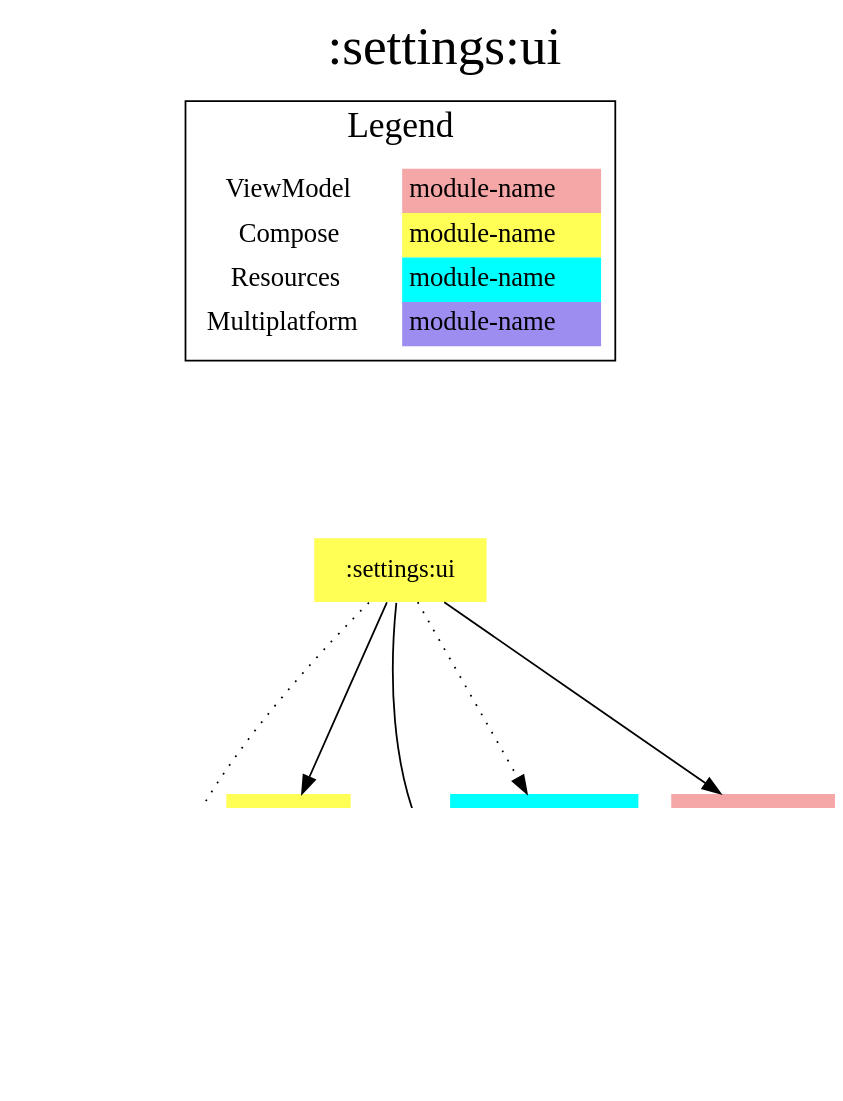
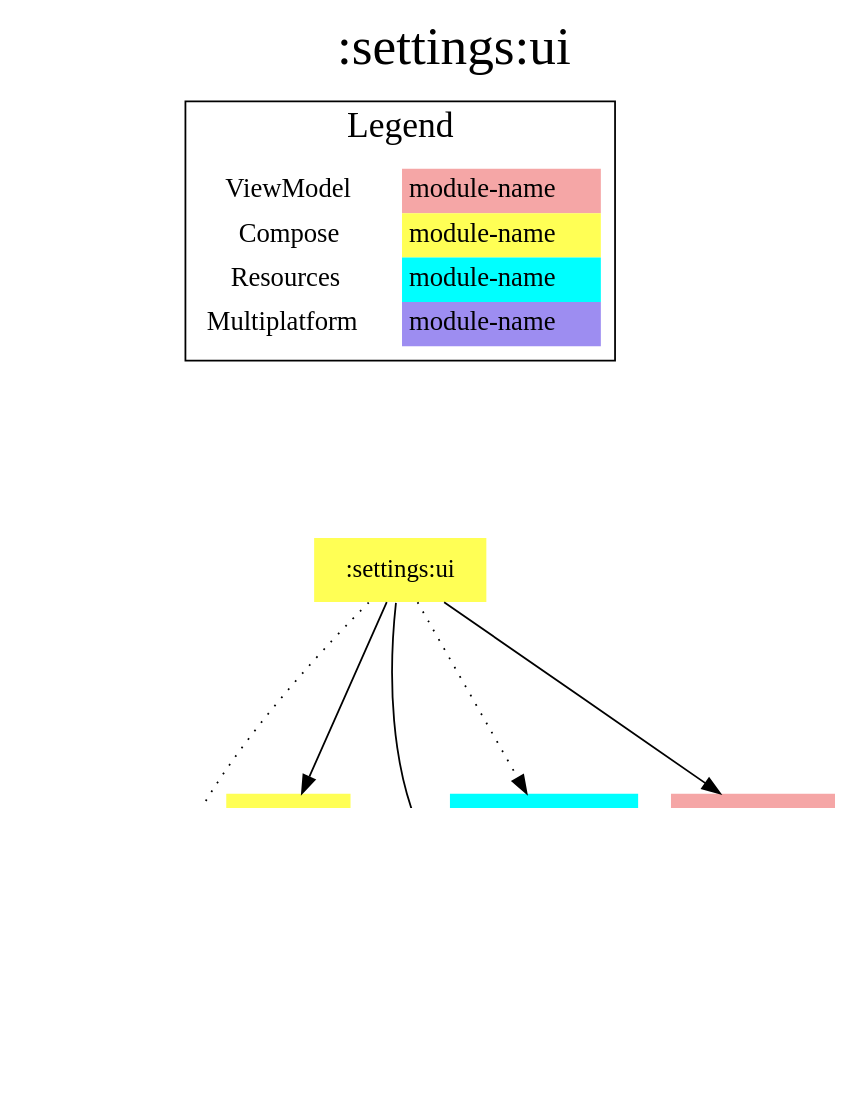
One commit to jonapoul/aktual changed the diagram in modules/settings/ui/modules.dot. Above: the diagram before and after it, drawn with Graphviz. The commit also changed 96 other files, not shown here.

Commit message:
url:model -> core:model

```diff
--- a/modules/settings/ui/modules.dot
+++ b/modules/settings/ui/modules.dot
@@ -1,39 +1,39 @@
 digraph {
 edge ["dir"="forward"]
 graph ["dpi"="100","label"=":settings:ui","labelloc"="t","fontsize"="30","ranksep"="1.5","rankdir"="TB"]
 node ["style"="filled"]
 ":core:colorscheme" ["fillcolor"="#9D8DF1","shape"="none"]
+":core:model" ["fillcolor"="#9D8DF1","shape"="none"]
 ":core:res" ["fillcolor"="#00FFFF","shape"="none"]
 ":core:ui" ["fillcolor"="#FFFF55","shape"="none"]
 ":core:versions" ["fillcolor"="#9D8DF1","shape"="none"]
 ":settings:res" ["fillcolor"="#00FFFF","shape"="none"]
 ":settings:ui" ["fillcolor"="#FFFF55","shape"="none"]
 ":settings:vm" ["fillcolor"="#F5A6A6","shape"="none"]
-":url:model" ["fillcolor"="#9D8DF1","shape"="none"]
 {
 edge ["dir"="none"]
 graph ["rank"="same"]
 }
 ":core:ui" -> ":core:colorscheme"
+":core:ui" -> ":core:model"
 ":core:ui" -> ":core:res" ["style"="dotted"]
 ":core:ui" -> ":core:versions"
-":core:ui" -> ":url:model"
 ":settings:ui" -> ":core:colorscheme"
 ":settings:ui" -> ":core:res" ["style"="dotted"]
 ":settings:ui" -> ":core:ui"
 ":settings:ui" -> ":settings:res" ["style"="dotted"]
 ":settings:ui" -> ":settings:vm"
 ":settings:vm" -> ":core:colorscheme"
 subgraph "cluster_legend" {
 edge ["dir"="none"]
 graph ["label"="Legend","fontsize"="20"]
 "Legend" ["style"="filled","fillcolor"="#FFFFFF","shape"="none","margin"="0","fontsize"="15","label"=<
 <TABLE BORDER="0" CELLBORDER="0" CELLSPACING="0" CELLPADDING="4">
 <TR><TD>ViewModel</TD><TD BGCOLOR="#F5A6A6">module-name</TD></TR>
 <TR><TD>Compose</TD><TD BGCOLOR="#FFFF55">module-name</TD></TR>
 <TR><TD>Resources</TD><TD BGCOLOR="#00FFFF">module-name</TD></TR>
 <TR><TD>Multiplatform</TD><TD BGCOLOR="#9D8DF1">module-name</TD></TR>
 </TABLE>
 >]
 } -> ":settings:ui" ["style"="invis"]
 }
```
